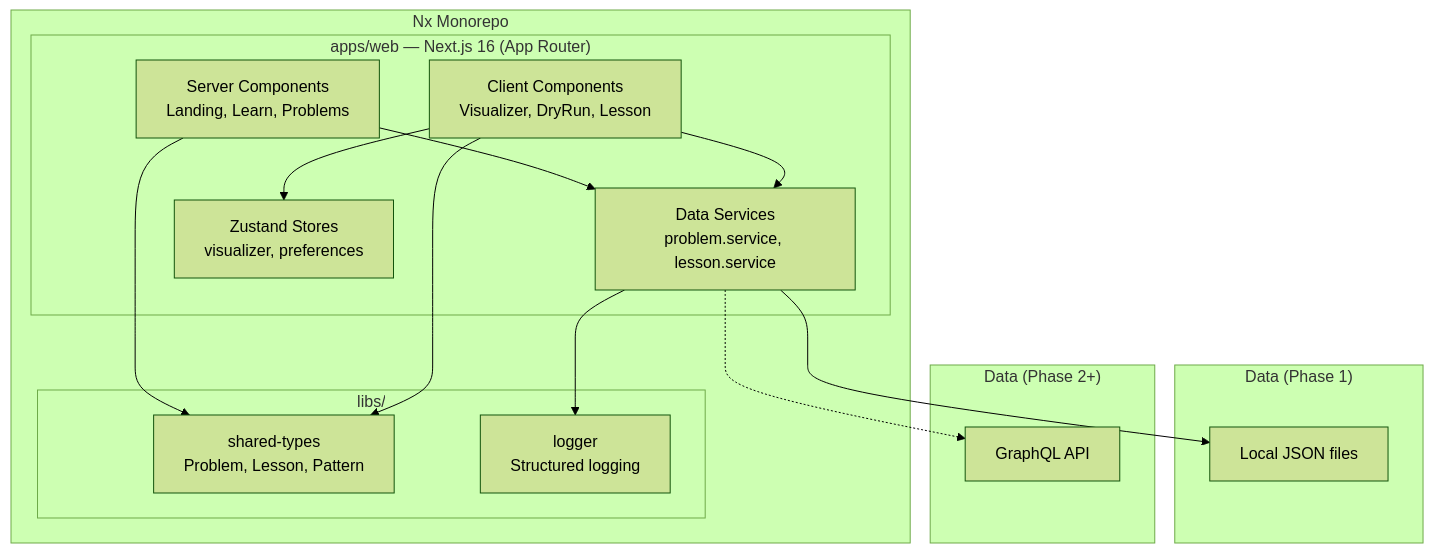
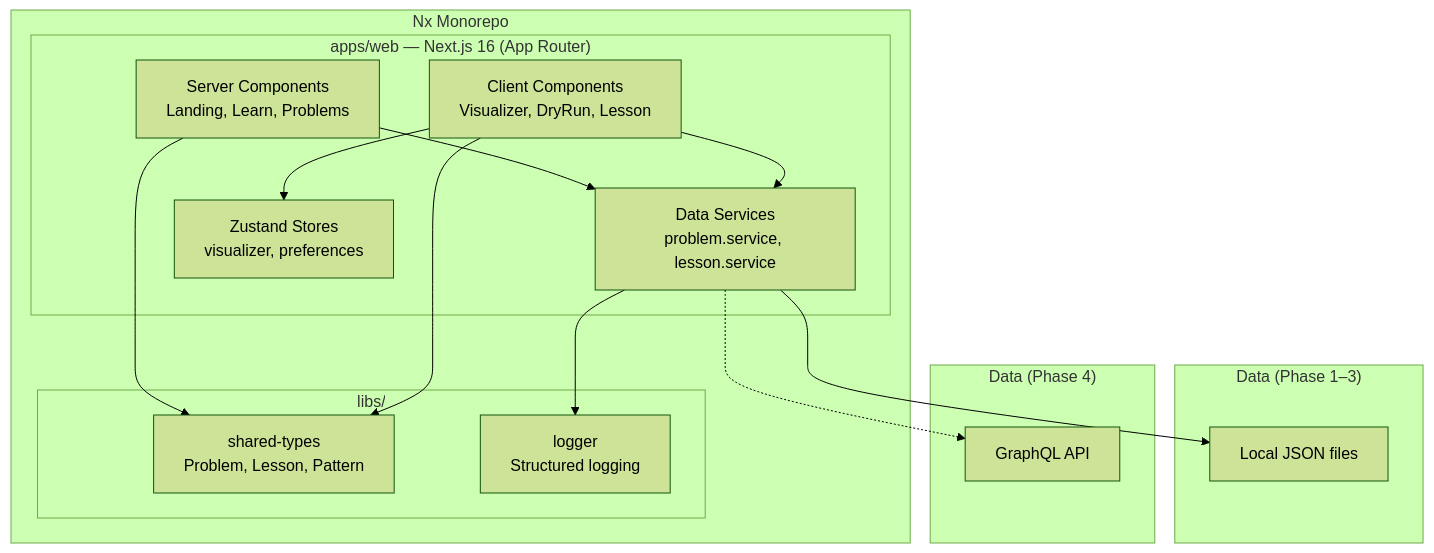
Before and after one commit to suvamAdhikary/visucode: the diagram in README.md, drawn with Mermaid (forest theme). The commit also changed other lines of this file and 5 other files, not shown here.

````diff
--- a/README.md
+++ b/README.md
@@ -66,30 +66,30 @@
 ```mermaid
 graph TB
     subgraph "Nx Monorepo"
         subgraph "apps/web — Next.js 16 (App Router)"
             SC["Server Components<br/>Landing, Learn, Problems"]
             CC["Client Components<br/>Visualizer, DryRun, Lesson"]
             SVC["Data Services<br/>problem.service, lesson.service"]
             STORE["Zustand Stores<br/>visualizer, preferences"]
         end
         subgraph "libs/"
             TYPES["shared-types<br/>Problem, Lesson, Pattern"]
             LOGGER["logger<br/>Structured logging"]
         end
     end
-    subgraph "Data (Phase 1)"
+    subgraph "Data (Phase 1–3)"
         JSON["Local JSON files"]
     end
-    subgraph "Data (Phase 2+)"
+    subgraph "Data (Phase 4)"
         GQL["GraphQL API"]
     end
 
     SC --> SVC
     CC --> STORE
     CC --> SVC
     SVC --> JSON
     SVC -.-> GQL
     SC --> TYPES
     CC --> TYPES
     SVC --> LOGGER
 ```
````
